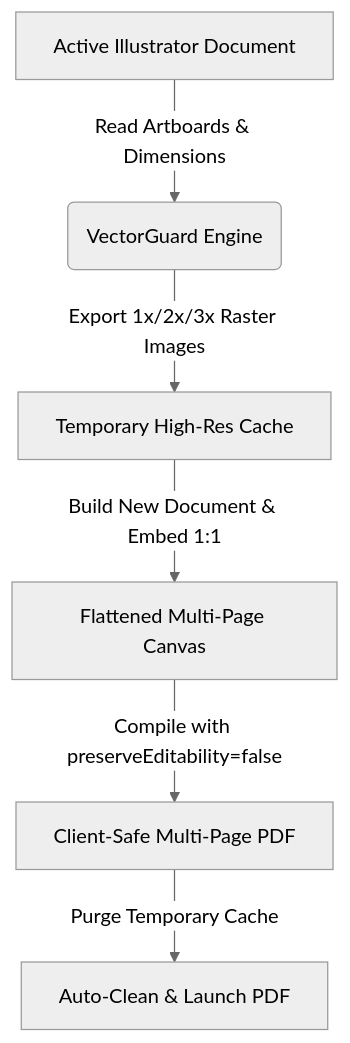
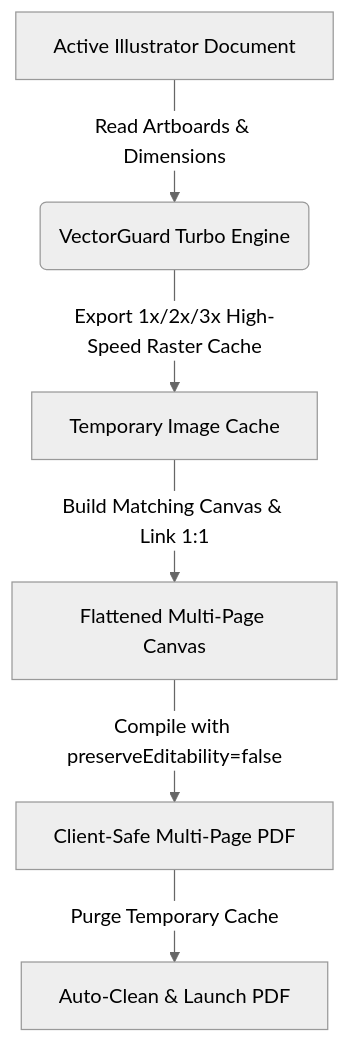
Before and after one commit to yahiabinzaman/VectorGuard-PDF-Pro: the diagram in README.md, drawn with Mermaid (neutral theme). The commit also changed other lines of this file and 4 other files, not shown here.

````diff
--- a/README.md
+++ b/README.md
@@ -86,8 +86,8 @@
 ```mermaid
 graph TD
-    A[Active Illustrator Document] -->|Read Artboards & Dimensions| B(VectorGuard Engine)
-    B -->|Export 1x/2x/3x Raster Images| C[Temporary High-Res Cache]
-    C -->|Build New Document & Embed 1:1| D[Flattened Multi-Page Canvas]
+    A[Active Illustrator Document] -->|Read Artboards & Dimensions| B(VectorGuard Turbo Engine)
+    B -->|Export 1x/2x/3x High-Speed Raster Cache| C[Temporary Image Cache]
+    C -->|Build Matching Canvas & Link 1:1| D[Flattened Multi-Page Canvas]
     D -->|Compile with preserveEditability=false| E[Client-Safe Multi-Page PDF]
     E -->|Purge Temporary Cache| F[Auto-Clean & Launch PDF]
 ```
````
